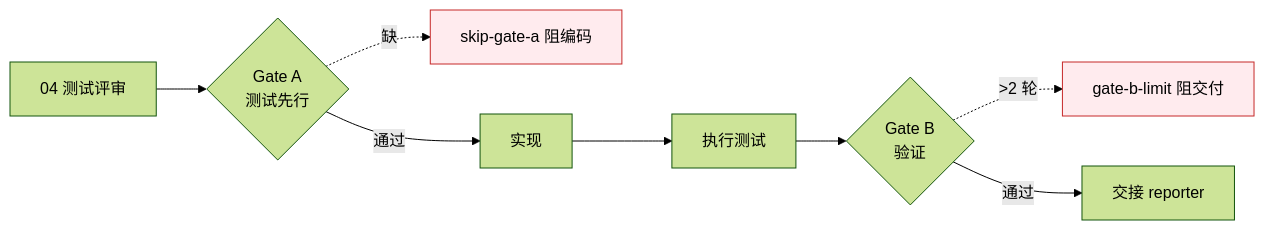
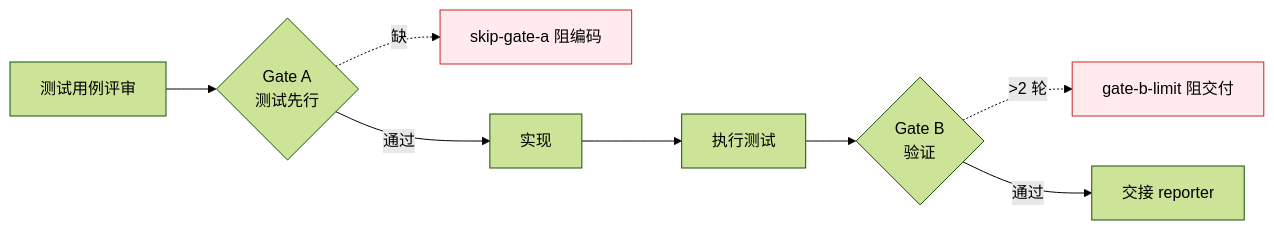
Before and after one commit to effiy/YrY: the diagram in agents/tester.md, drawn with Mermaid (forest theme). The commit also changed other lines of this file and 18 other files, not shown here.

````diff
--- a/agents/tester.md
+++ b/agents/tester.md
@@ -20,10 +20,10 @@
 ```mermaid
 flowchart LR
-    Doc[04 测试评审] --> GA{Gate A<br/>测试先行}
+    Doc[测试用例评审] --> GA{Gate A<br/>测试先行}
     GA -.缺.-> X1[skip-gate-a 阻编码]:::block
     GA -->|通过| Code[实现]
     Code --> Run[执行测试] --> GB{Gate B<br/>验证}
     GB -.>2 轮.-> X2[gate-b-limit 阻交付]:::block
     GB -->|通过| Done[交接 reporter]
     classDef block fill:#ffebee,stroke:#c62828;
 ```
````
